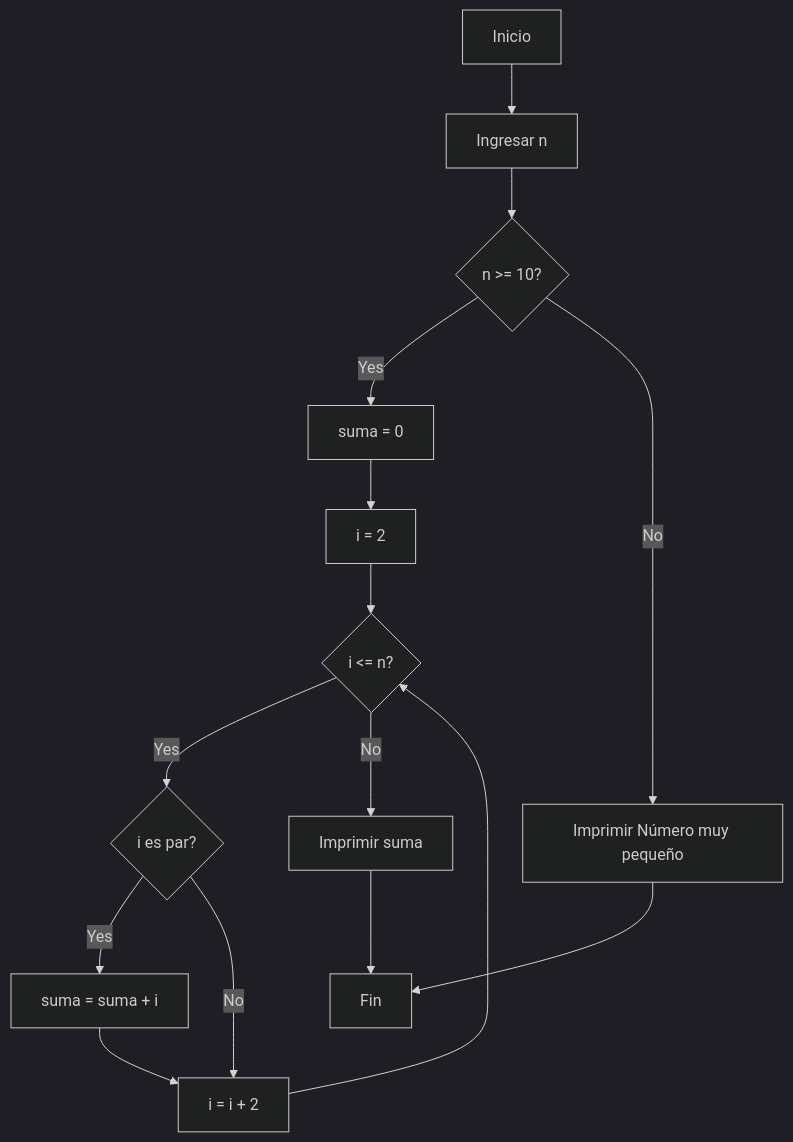
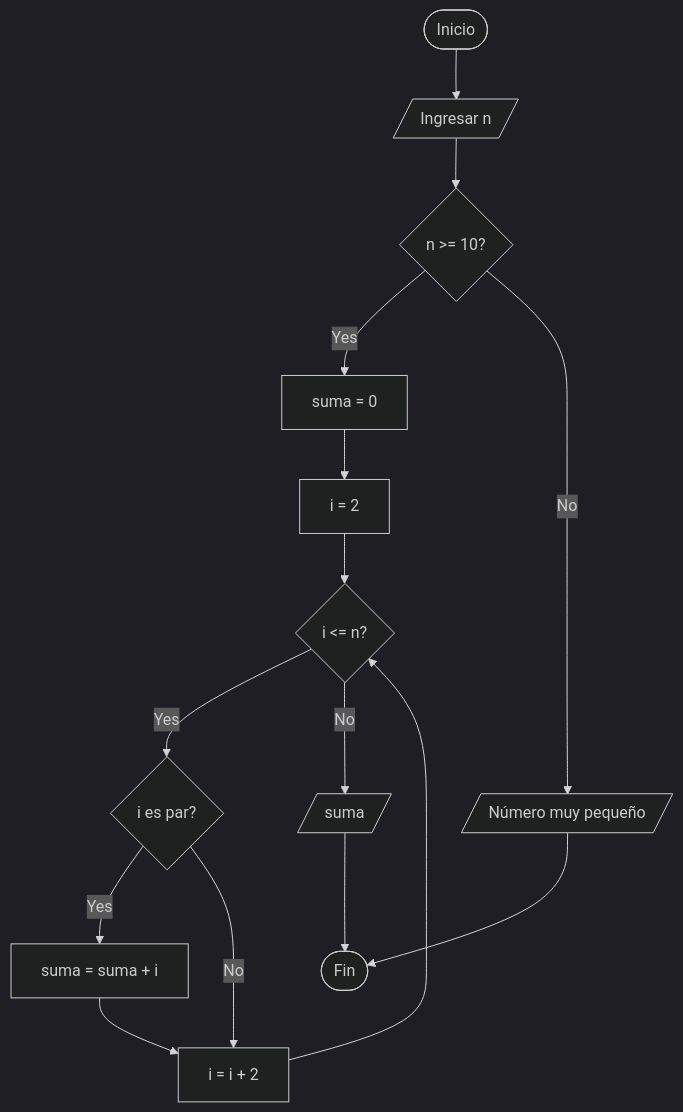
One commit to damiancastelao/ejerciciosDiagramas changed the diagram in Solucion1.md. Above: the diagram before and after it, drawn with Mermaid (dark theme).

Commit message:
Update flowchart

````diff
--- a/Solucion1.md
+++ b/Solucion1.md
@@ -5,17 +5,17 @@
 ```mermaid
 graph TD
-    A[Inicio] --> B[Ingresar n];
+    A([Inicio]) --> B[/Ingresar n/];
     B --> C{n >= 10?};
     C -- Yes --> D[suma = 0];
     D --> E[i = 2];
     E --> F{i <= n?};
     F -- Yes --> G{i es par?};
     G -- Yes --> H[suma = suma + i];
     H --> I[i = i + 2];
     G -- No --> I[i = i + 2];
     I --> F;
-    F -- No --> J[Imprimir suma];
-    C -- No --> K[Imprimir Número muy pequeño];
-    J --> L[Fin];
+    F -- No --> J[/suma/];
+    C -- No --> K[/Número muy pequeño/];
+    J --> L([Fin]);
     K --> L;
 ```
````
